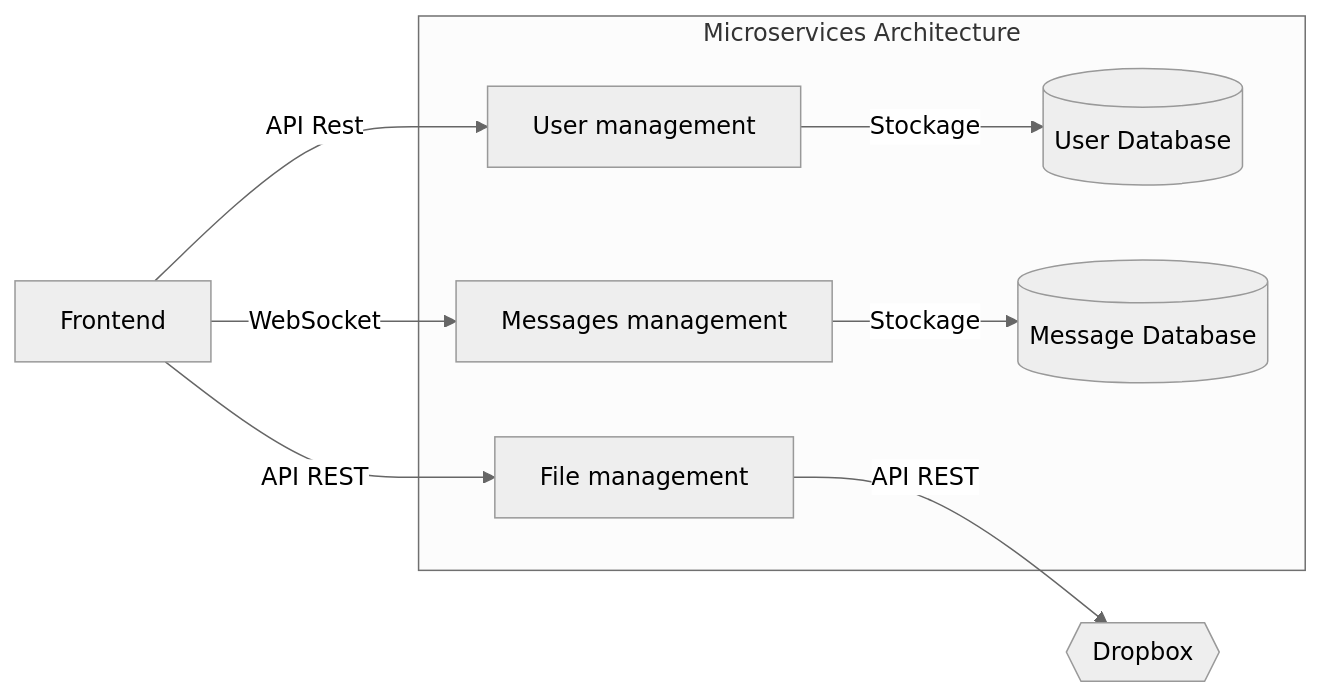
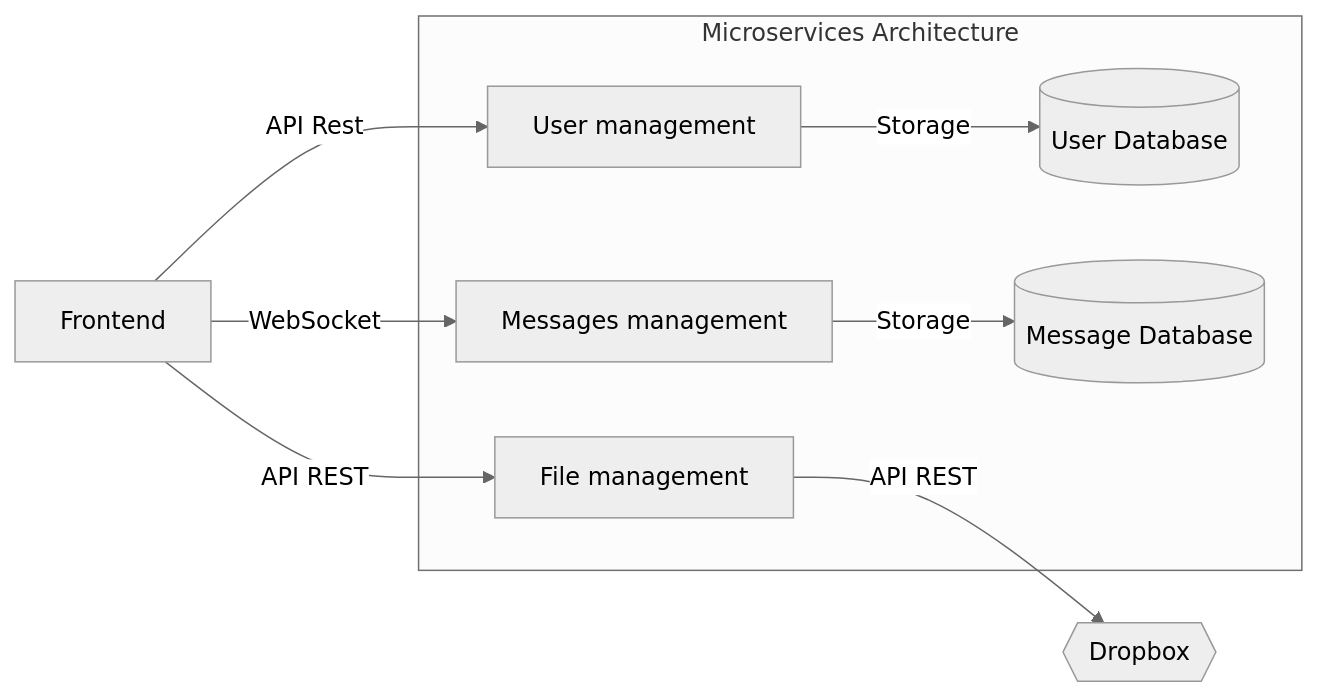
Before and after one commit to YR72dpi/SecuredWhisker: the first of 5 diagrams in README.md, drawn with Mermaid (neutral theme). The commit also changed other lines of this file, not shown here.

````diff
--- a/README.md
+++ b/README.md
@@ -78,20 +78,20 @@
 ```mermaid
 graph LR;
     subgraph "Microservices Architecture"
         UserService["User management"] 
         MessageService["Messages management"]
         UserDatabase[("User Database")]
         MessageDatabase[("Message Database")]
         FileManager["File management"]
     end
         DropBox{{Dropbox}}
         Frontend["Frontend"]
 
     Frontend -->|API Rest| UserService
     Frontend -->|WebSocket| MessageService
     Frontend -->|API REST| FileManager
     FileManager -->| API REST| DropBox
-    UserService -->|Stockage| UserDatabase
-    MessageService -->|Stockage| MessageDatabase
+    UserService -->|Storage| UserDatabase
+    MessageService -->|Storage| MessageDatabase
 
 ```
````
